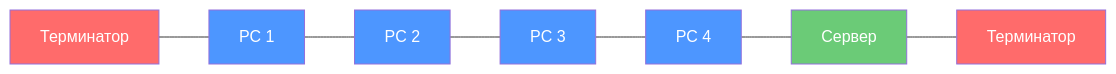
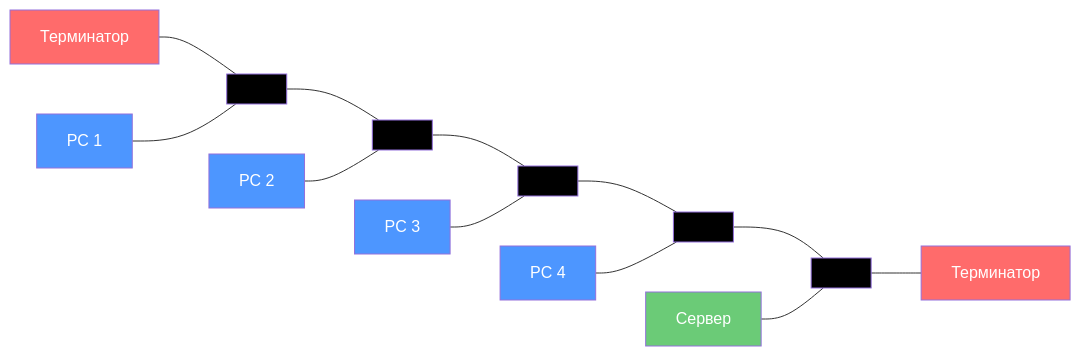
The second of 17 diagrams in semester_01/lesson_02/lecture_02.md (RuslanRinatovich/OP11_COMP_SETI), drawn with Mermaid before and after one commit.

````diff
--- a/semester_01/lesson_02/lecture_02.md
+++ b/semester_01/lesson_02/lecture_02.md
@@ -115,17 +115,28 @@
 ```mermaid
 flowchart LR
-    T1[Терминатор] --- PC1[PC 1]
-    PC1 --- PC2[PC 2]
-    PC2 --- PC3[PC 3]
-    PC3 --- PC4[PC 4]
-    PC4 --- SRV[Сервер]
-    SRV --- T2[Терминатор]
-    
+    T1[Терминатор] --- H1[ ]
+    H1 --- H2[ ]
+    H2 --- H3[ ]
+    H3 --- H4[ ]
+    H4 --- H5[ ]
+    H5 --- T2[Терминатор]
+
+    PC1[PC 1] --- H1
+    PC2[PC 2] --- H2
+    PC3[PC 3] --- H3
+    PC4[PC 4] --- H4
+    SRV[Сервер] --- H5
+
     style T1 fill:#ff6b6b,color:#fff
     style T2 fill:#ff6b6b,color:#fff
+    style H1 fill:#000,color:#fff
+    style H2 fill:#000,color:#fff
+    style H3 fill:#000,color:#fff
+    style H4 fill:#000,color:#fff
+    style H5 fill:#000,color:#fff
     style PC1 fill:#4d96ff,color:#fff
     style PC2 fill:#4d96ff,color:#fff
     style PC3 fill:#4d96ff,color:#fff
     style PC4 fill:#4d96ff,color:#fff
     style SRV fill:#6bcb77,color:#fff
 ```
````
